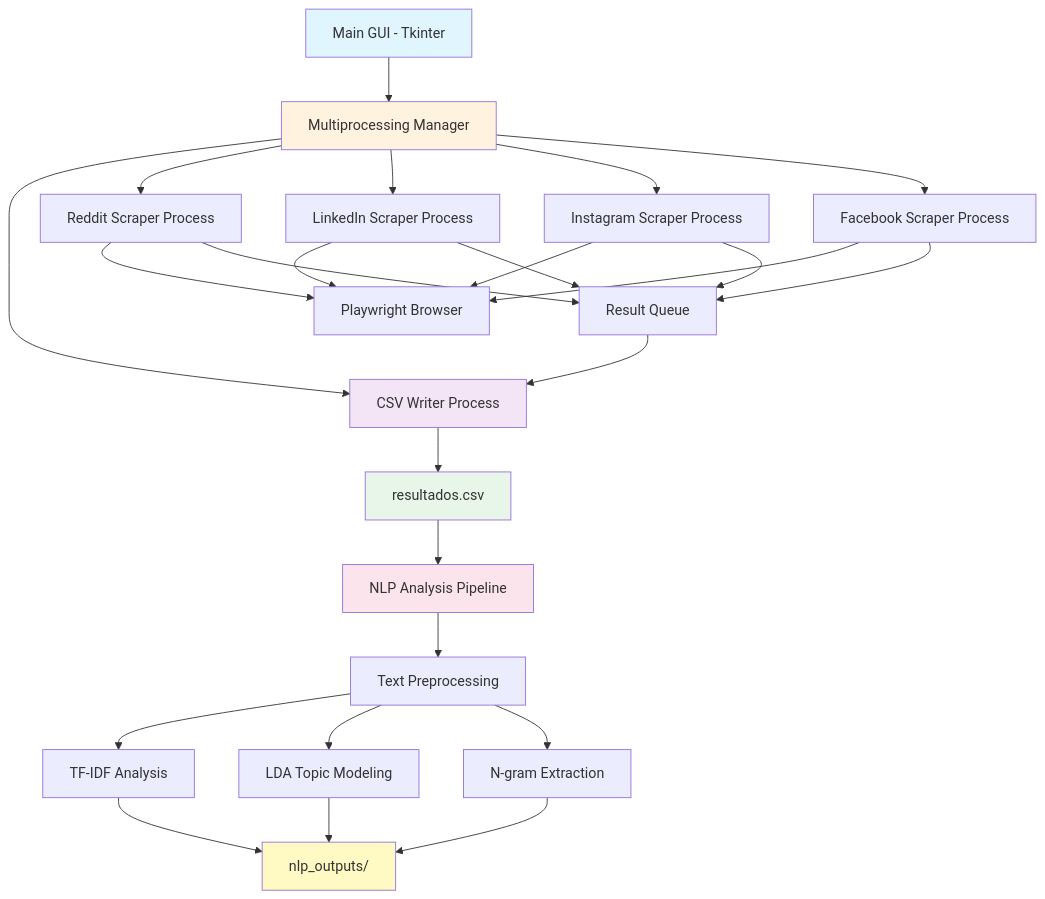
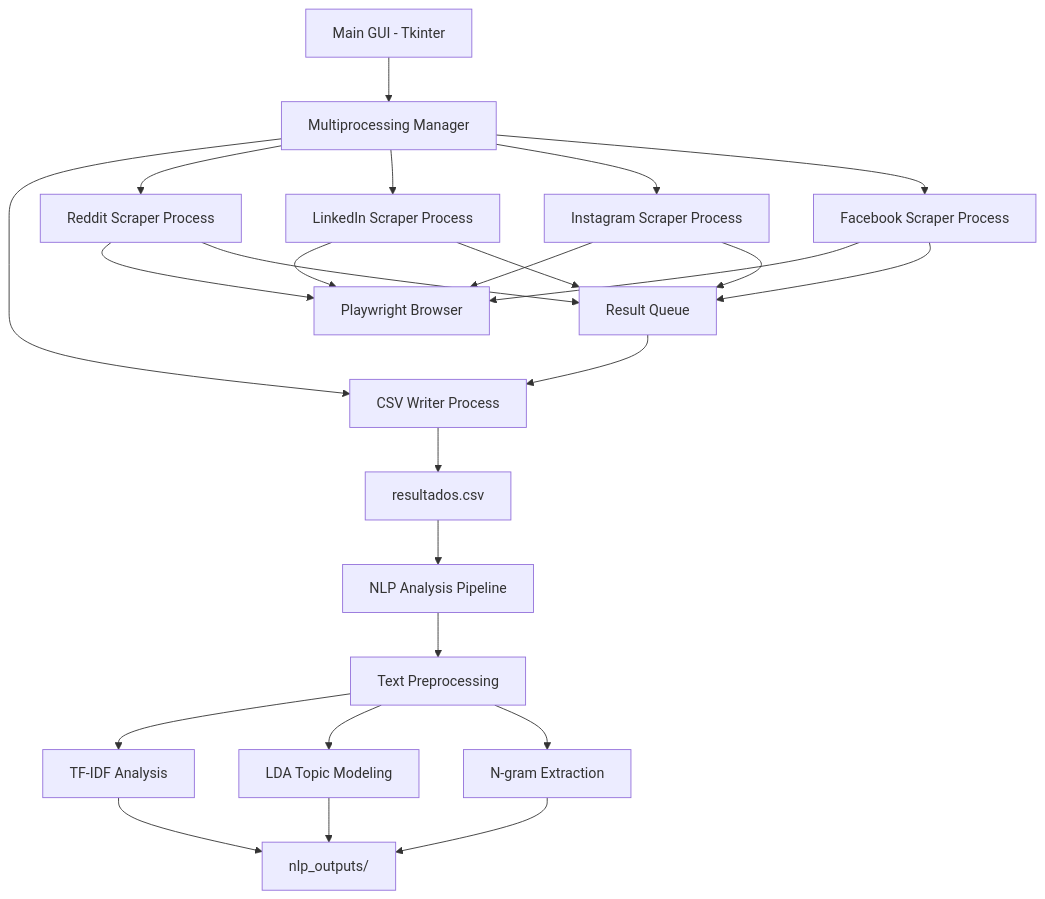
The diagram in README.md (Juanja1306/Social-Data-Harvester-Large-Scale-Data-Extraction-from-Social-Networks), drawn with Mermaid before and after one commit.

Commit message:
chore(readme): Correcion de colores

````diff
--- a/README.md
+++ b/README.md
@@ -95,39 +95,32 @@
 ```mermaid
 graph TB
     A[Main GUI - Tkinter] --> B[Multiprocessing Manager]
     B --> C[CSV Writer Process]
     B --> D[Reddit Scraper Process]
     B --> E[LinkedIn Scraper Process]
     B --> F[Instagram Scraper Process]
     B --> G[Facebook Scraper Process]
     
     D --> H[Playwright Browser]
     E --> H
     F --> H
     G --> H
     
     D --> I[Result Queue]
     E --> I
     F --> I
     G --> I
     
     I --> C
     C --> J[resultados.csv]
     
     J --> K[NLP Analysis Pipeline]
     K --> L[Text Preprocessing]
     L --> M[TF-IDF Analysis]
     L --> N[LDA Topic Modeling]
     L --> O[N-gram Extraction]
     
     M --> P[nlp_outputs/]
     N --> P
     O --> P
-    
-    style A fill:#e1f5ff
-    style B fill:#fff3e0
-    style C fill:#f3e5f5
-    style J fill:#e8f5e9
-    style K fill:#fce4ec
-    style P fill:#fff9c4
 ```
````
